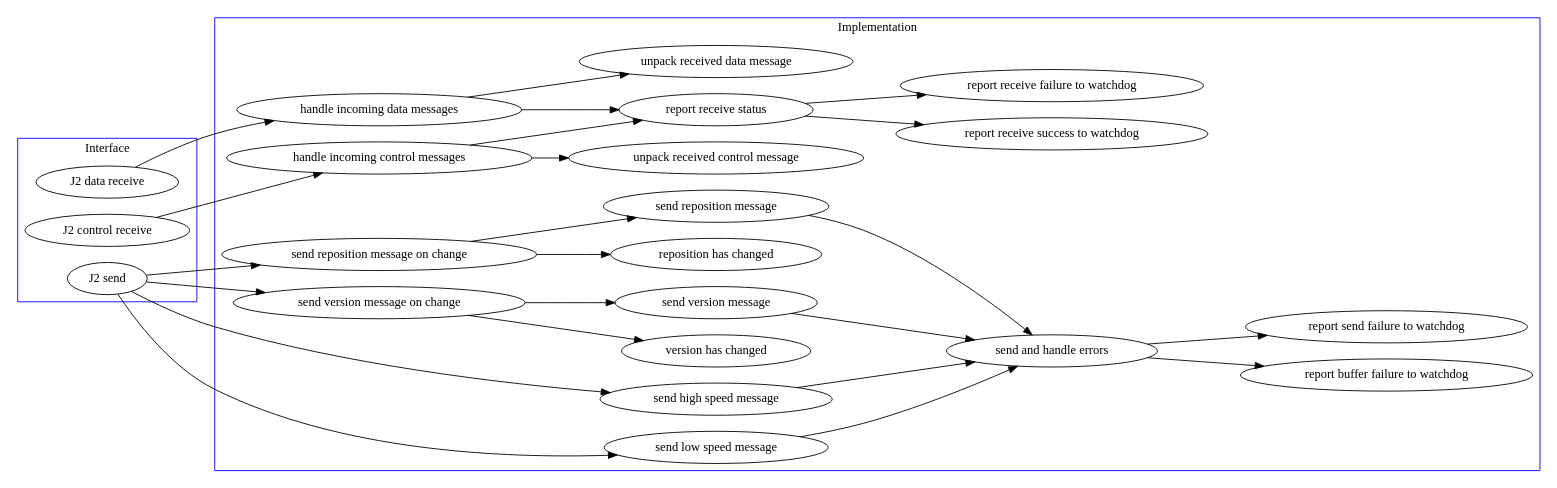
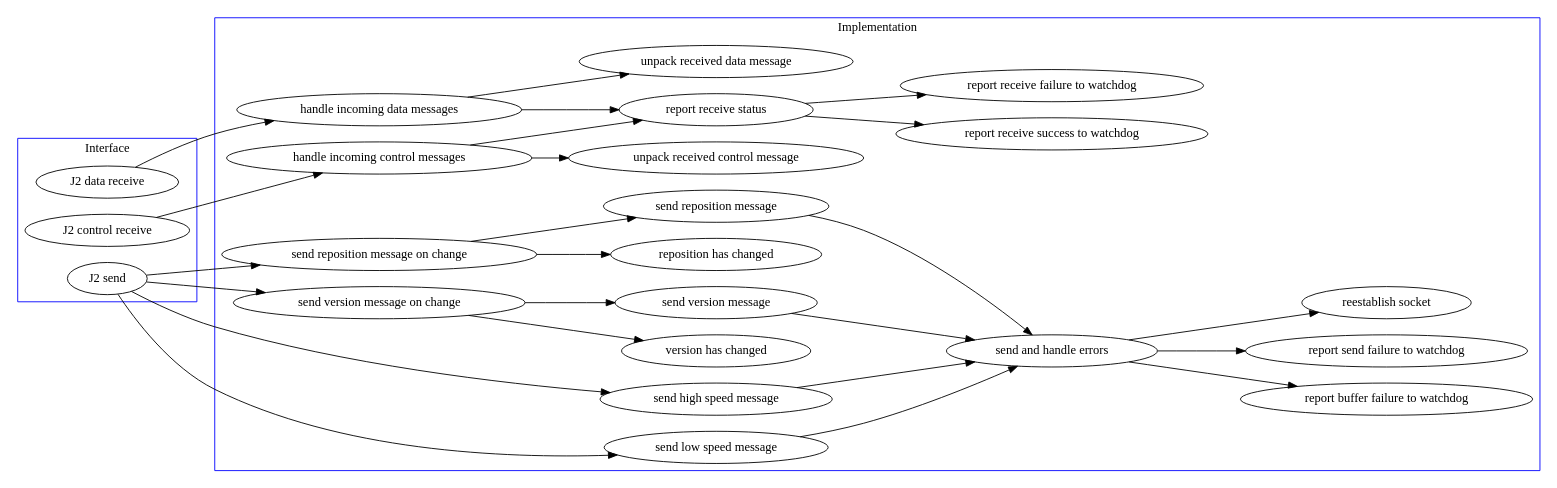
The diagram in code/SimHost/Connections/J2/j2_communication.dot (gheckman/UniLang-rewrite), drawn with Graphviz before and after one commit. The commit also changed 2 other files, not shown here.

```diff
--- a/code/SimHost/Connections/J2/j2_communication.dot
+++ b/code/SimHost/Connections/J2/j2_communication.dot
@@ -1,72 +1,74 @@
 digraph j2_communication {
 rankdir=LR
 
 subgraph cluster_interface {
 label = "Interface";
 color=blue;
 rank=1
 "J2 data receive";
 "J2 control receive";
 "J2 send";
 
 }
 
 subgraph cluster_interface {
 label = "Interface";
 color=blue;
 rank=1
 "J2 data receive";
 "J2 control receive";
 "J2 send";
 
 }
 
 subgraph cluster_implementation {
 label = "Implementation";
 color=blue;
 rank=2
 "handle incoming data messages";
 "handle incoming control messages";
 "unpack received control message";
 "unpack received data message";
 "send reposition message on change";
 "send version message on change";
 "reposition has changed";
 "version has changed";
 "send high speed message";
 "send low speed message";
 "send reposition message";
 "send version message";
 "send and handle errors";
 "report receive status";
 "report buffer failure to watchdog";
 "report send failure to watchdog";
 "report receive success to watchdog";
 "report receive failure to watchdog";
+"reestablish socket";
 
 }
 
 "J2 data receive" -> "handle incoming data messages";
 "J2 control receive" -> "handle incoming control messages";
 "handle incoming data messages" -> "report receive status";
 "handle incoming data messages" -> "unpack received data message";
 "handle incoming control messages" -> "report receive status";
 "handle incoming control messages" -> "unpack received control message";
 "J2 send" -> "send high speed message";
 "J2 send" -> "send low speed message";
 "J2 send" -> "send reposition message on change";
 "J2 send" -> "send version message on change";
 "send reposition message on change" -> "reposition has changed";
 "send reposition message on change" -> "send reposition message";
 "send version message on change" -> "version has changed";
 "send version message on change" -> "send version message";
 "send high speed message" -> "send and handle errors";
 "send low speed message" -> "send and handle errors";
 "send reposition message" -> "send and handle errors";
 "send version message" -> "send and handle errors";
 "send and handle errors" -> "report buffer failure to watchdog";
 "send and handle errors" -> "report send failure to watchdog";
+"send and handle errors" -> "reestablish socket";
 "report receive status" -> "report receive failure to watchdog";
 "report receive status" -> "report receive success to watchdog";
 
 }
```
